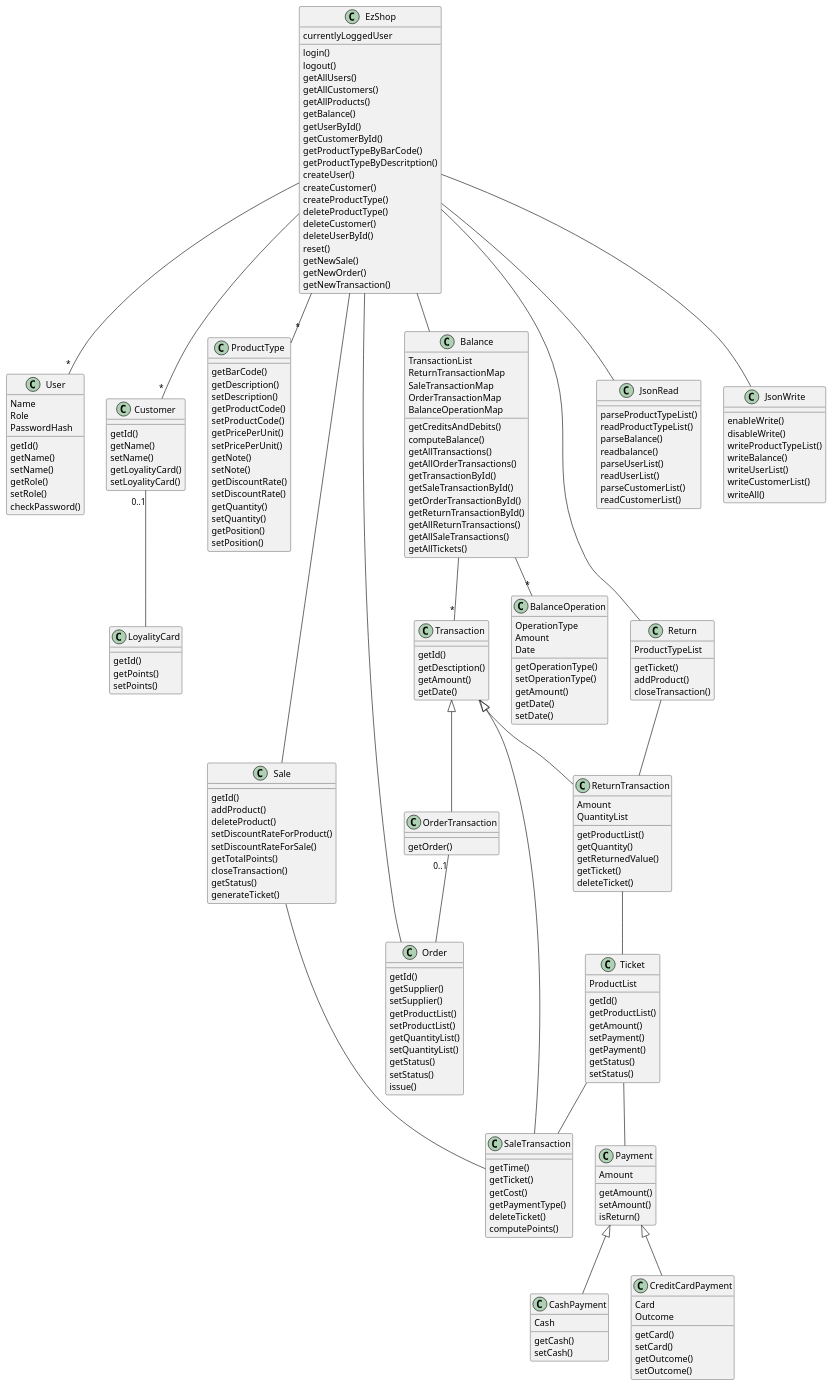
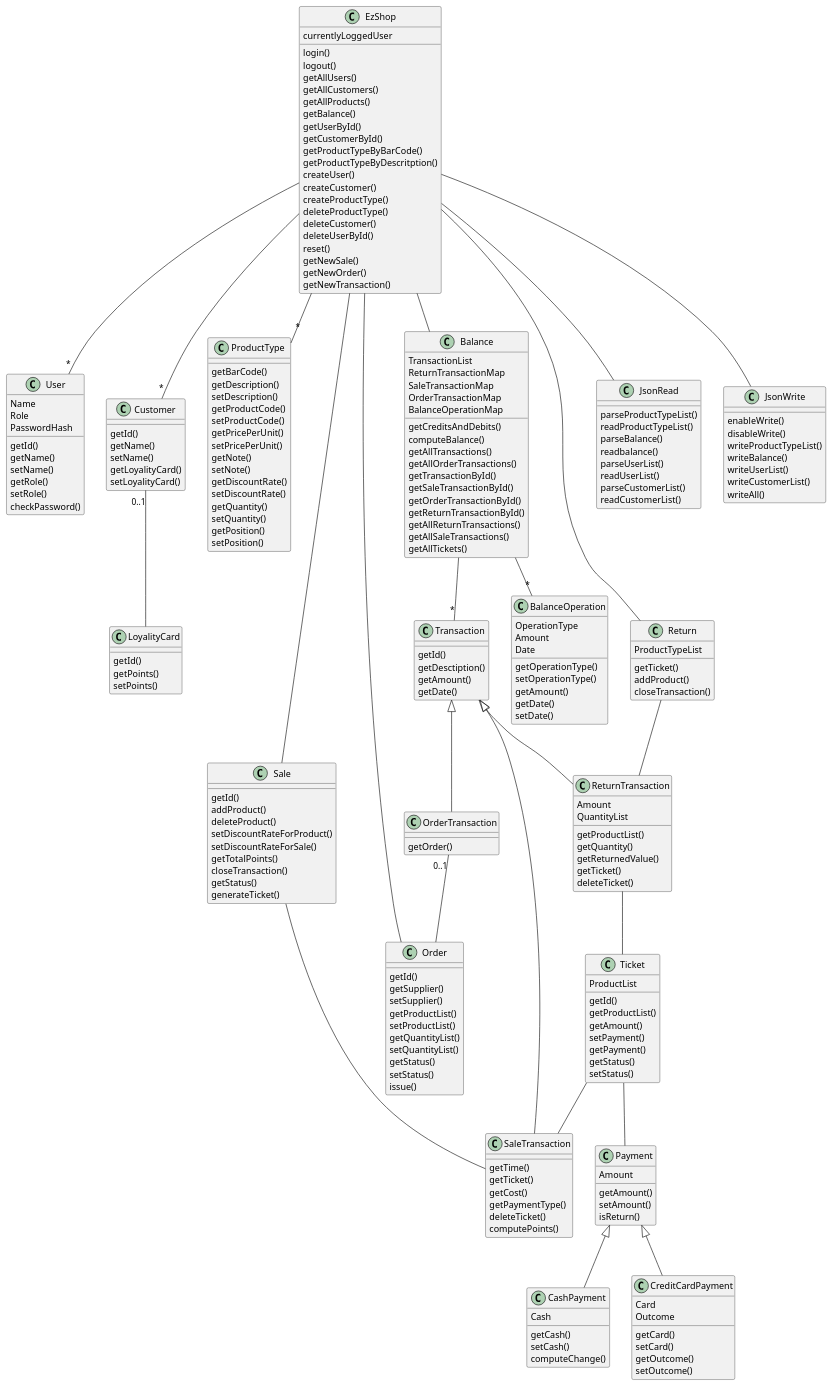
Before and after one commit to paolotron/EzshoProject31: the second of 2 diagrams in Deliverables/DesignDocument.md, drawn with PlantUML.

```diff
--- a/Deliverables/DesignDocument.md
+++ b/Deliverables/DesignDocument.md
@@ -179,6 +179,7 @@
     Cash
     getCash()
     setCash()
+    computeChange()
 }
 class CreditCardPayment{
     Card
```
